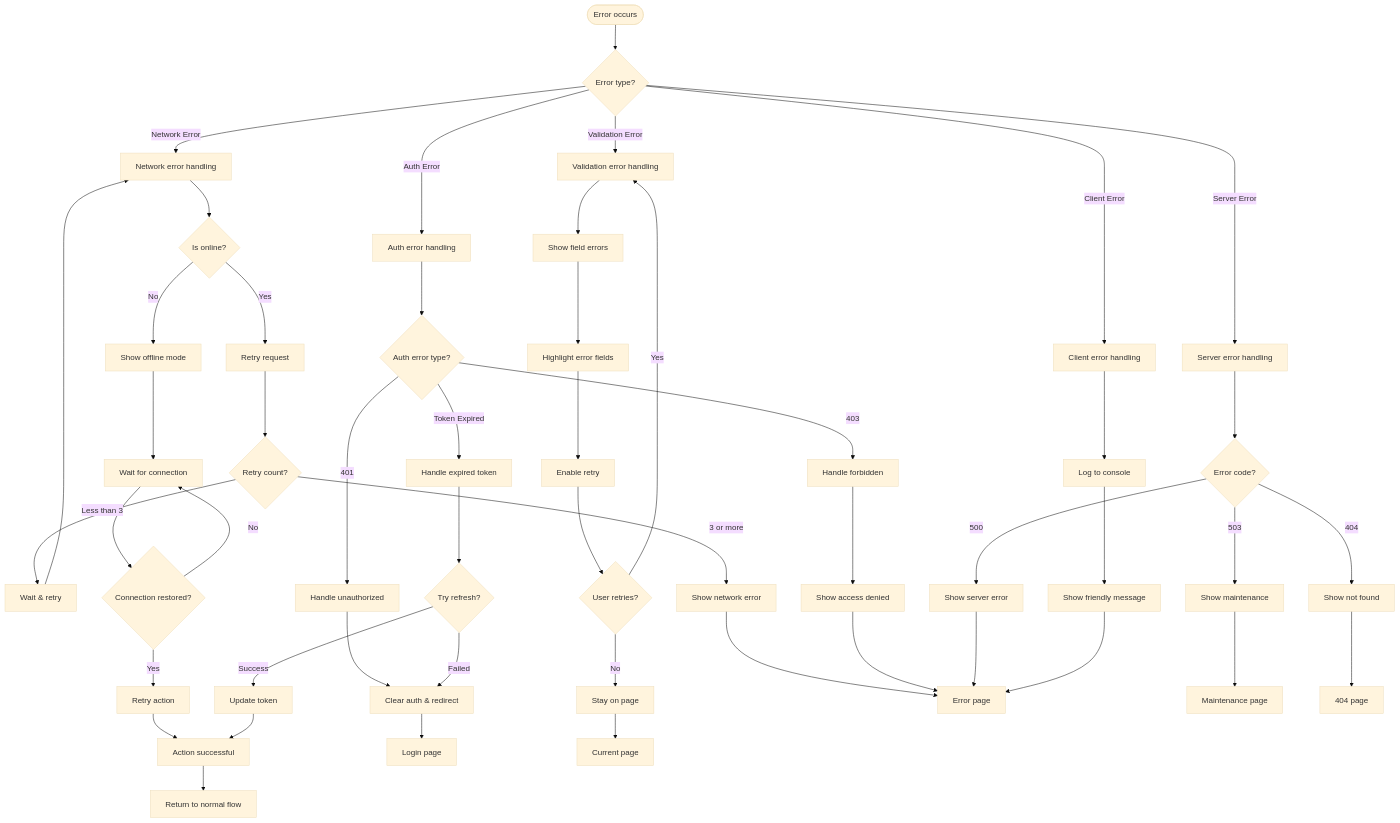
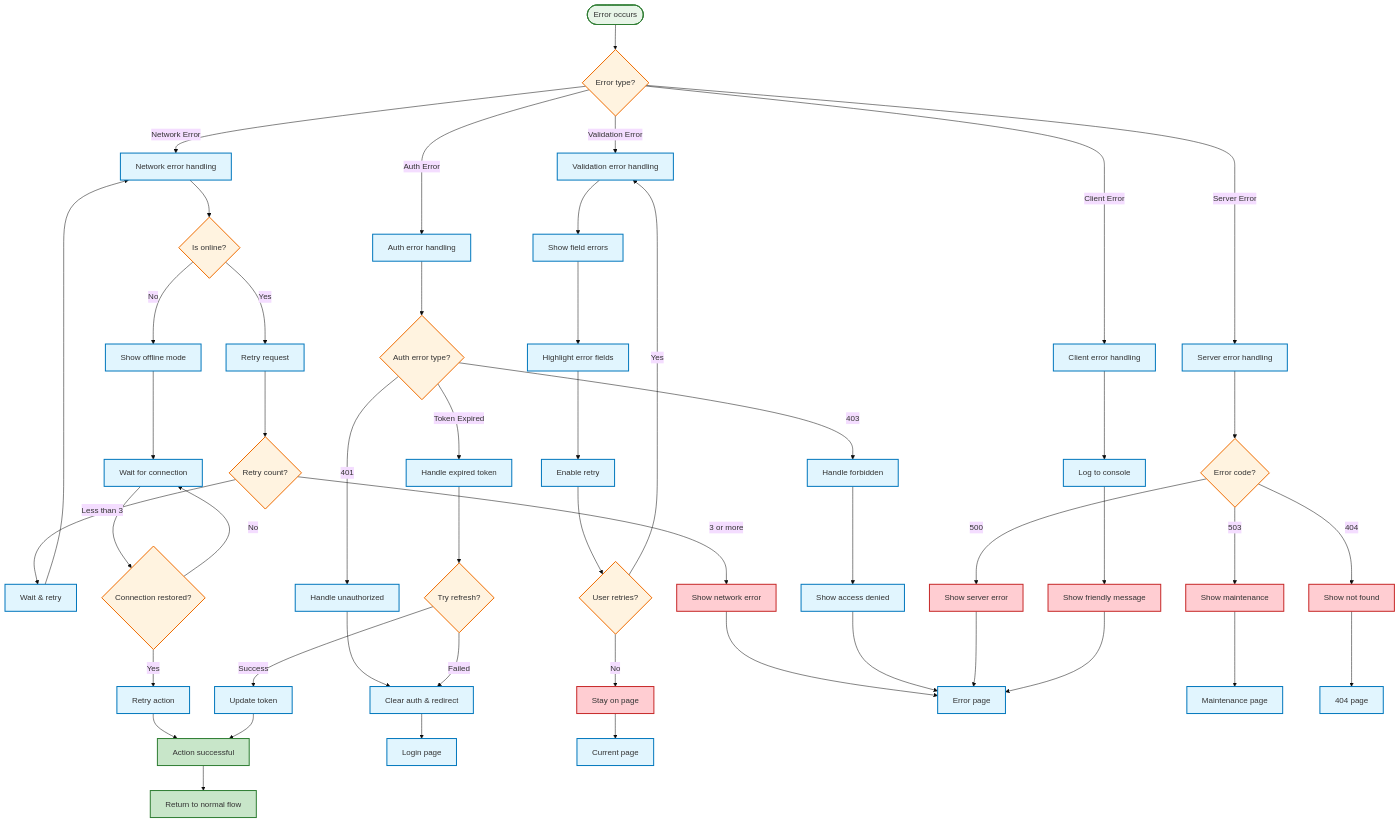
Before and after one commit to shmuelkapiloff/simple-: the ninth of 16 diagrams in docs/SYSTEM_MAP.md, drawn with Mermaid (base theme). The commit also changed other lines of this file, not shown here.

Commit message:
style: Add comprehensive styling and colors to all flowcharts - Security, Search, Email, Admin, Payment, and Token Refresh flows

````diff
--- a/docs/SYSTEM_MAP.md
+++ b/docs/SYSTEM_MAP.md
@@ -821,4 +847,18 @@
     ShowNotFound --> NotFoundPage[404 page]
     ShowUserFriendlyError --> ErrorPage
     StayOnPage --> CurrentPage[Current page]
+    
+    %% Styling
+    classDef success fill:#c8e6c9,stroke:#2e7d32,stroke-width:2px
+    classDef error fill:#ffcdd2,stroke:#c62828,stroke-width:2px
+    classDef warning fill:#fff8e1,stroke:#f57c00,stroke-width:2px
+    classDef process fill:#e1f5fe,stroke:#0277bd,stroke-width:2px
+    classDef decision fill:#fff3e0,stroke:#ef6c00,stroke-width:2px
+    classDef start fill:#e8f5e8,stroke:#2e7d32,stroke-width:2px
+
+    class ErrorOccurs start
+    class ErrorType,IsOnline,RetryCount,AuthErrorType,ServerErrorCode,CheckConnection,UserRetry,TryRefreshToken decision
+    class NetworkErrorFlow,RetryRequest,ShowOfflineMode,WaitAndRetry,AuthErrorFlow,HandleUnauthorized,HandleForbidden,HandleTokenExpired,ClearAuthAndRedirect,ShowAccessDenied,UpdateToken,ValidationErrorFlow,ShowFieldErrors,HighlightFields,EnableRetry,ServerErrorFlow,ClientErrorFlow,LogError,WaitForConnection,RetryOriginalAction,NormalFlow,ErrorPage,LoginPage,MaintenancePage,NotFoundPage,CurrentPage process
+    class ShowNetworkError,ShowGenericError,ShowMaintenanceMode,ShowNotFound,ShowUserFriendlyError,StayOnPage error
+    class Success,NormalFlow success
 ```
````
